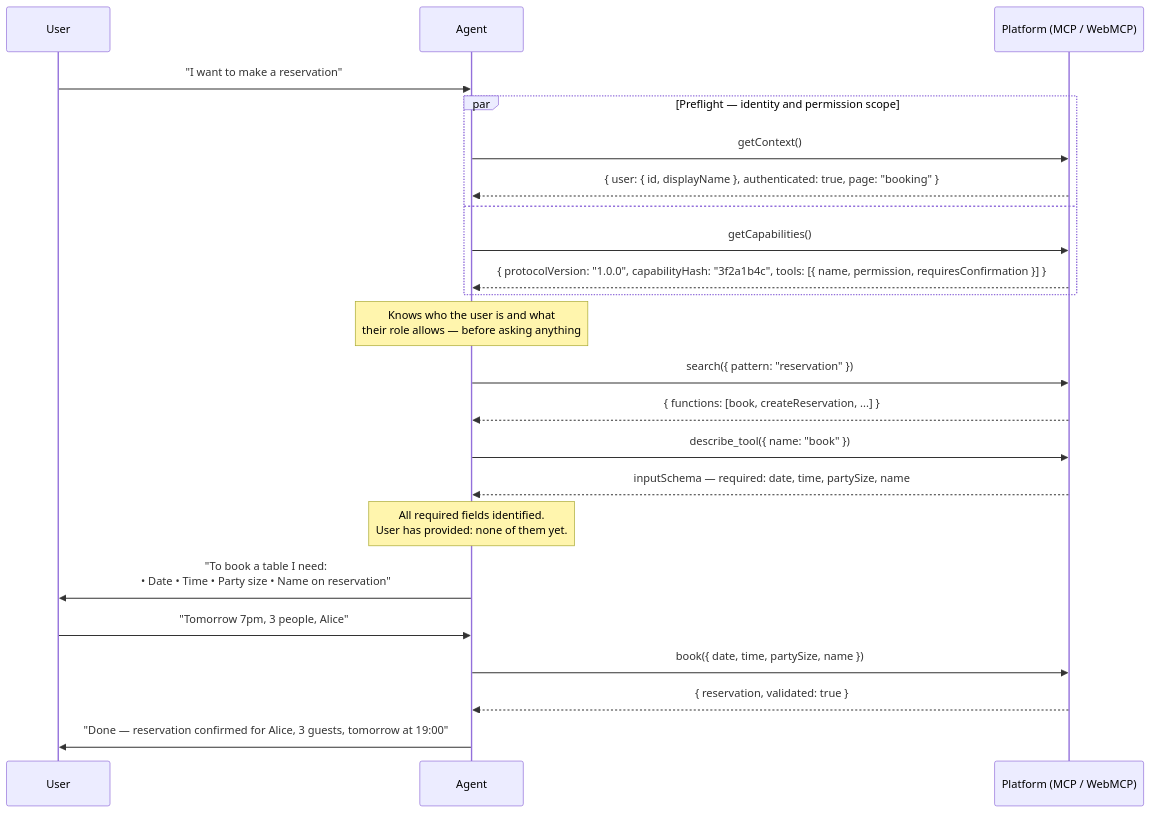
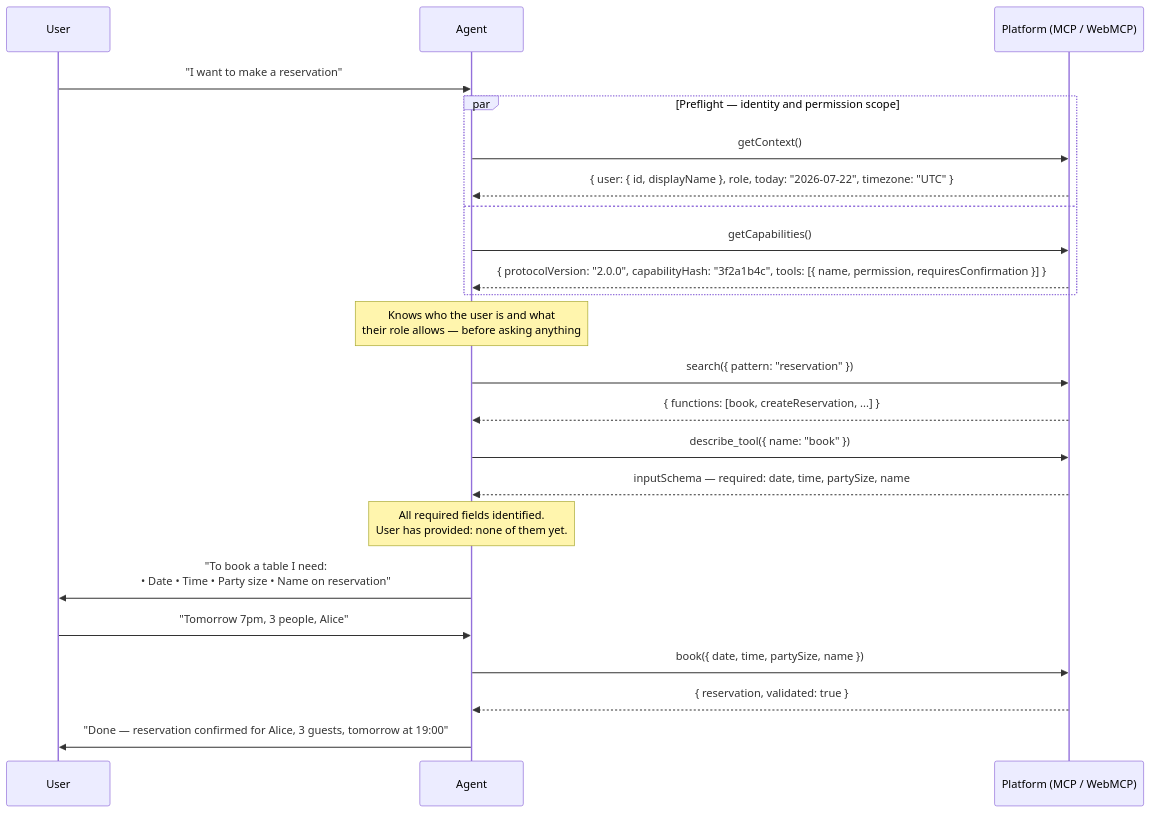
One commit to eliadco5/NavWebmcp changed the fourth of 7 diagrams in README.md. Above: the diagram before and after it, drawn with Mermaid. The commit also changed other lines of this file and 39 other files, not shown here.

````diff
--- a/README.md
+++ b/README.md
@@ -191,35 +191,35 @@
 ```mermaid
 sequenceDiagram
     participant User
     participant Agent
     participant Platform as Platform (MCP / WebMCP)
 
     User->>Agent: "I want to make a reservation"
 
     par Preflight — identity and permission scope
         Agent->>Platform: getContext()
-        Platform-->>Agent: { user: { id, displayName }, authenticated: true, page: "booking" }
+        Platform-->>Agent: { user: { id, displayName }, role, today: "2026-07-22", timezone: "UTC" }
     and
         Agent->>Platform: getCapabilities()
-        Platform-->>Agent: { protocolVersion: "1.0.0", capabilityHash: "3f2a1b4c", tools: [{ name, permission, requiresConfirmation }] }
+        Platform-->>Agent: { protocolVersion: "2.0.0", capabilityHash: "3f2a1b4c", tools: [{ name, permission, requiresConfirmation }] }
     end
 
     Note over Agent: Knows who the user is and what<br/>their role allows — before asking anything
 
     Agent->>Platform: search({ pattern: "reservation" })
     Platform-->>Agent: { functions: [book, createReservation, ...] }
 
     Agent->>Platform: describe_tool({ name: "book" })
     Platform-->>Agent: inputSchema — required: date, time, partySize, name
 
     Note over Agent: All required fields identified.<br/>User has provided: none of them yet.
 
     Agent->>User: "To book a table I need:<br/>• Date  • Time  • Party size  • Name on reservation"
 
     User->>Agent: "Tomorrow 7pm, 3 people, Alice"
 
     Agent->>Platform: book({ date, time, partySize, name })
     Platform-->>Agent: { reservation, validated: true }
 
     Agent->>User: "Done — reservation confirmed for Alice, 3 guests, tomorrow at 19:00"
 ```
````
